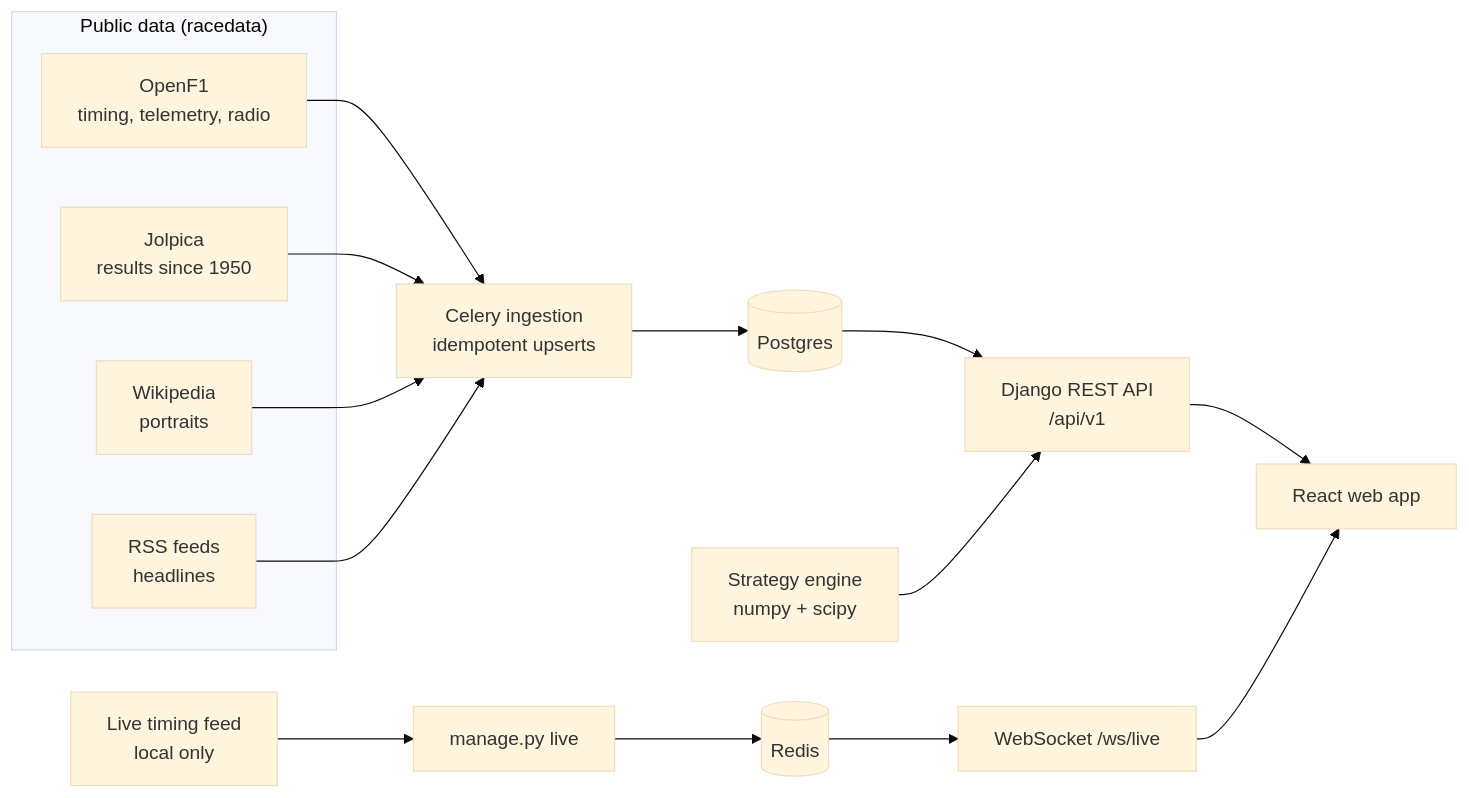
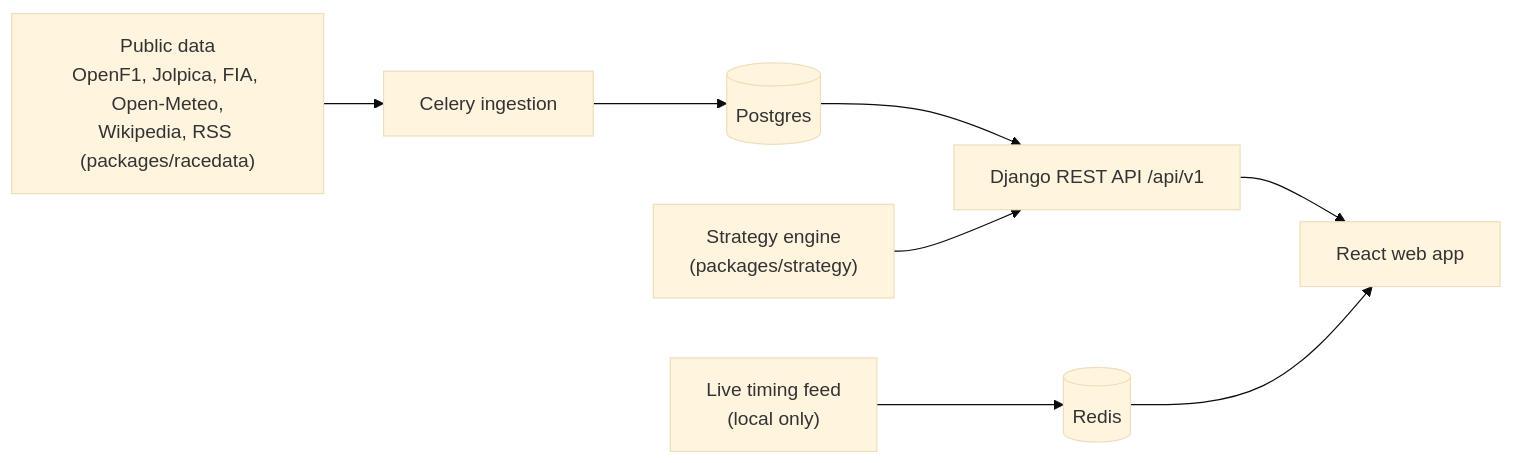
The diagram in README.md (CafeurOff/stintline), drawn with Mermaid (base theme) before and after one commit. The commit also changed other lines of this file, not shown here.

Commit message:
docs: rewrite the README for visitors of the public repository

````diff
--- a/README.md
+++ b/README.md
@@ -90,15 +57,9 @@
 ```mermaid
 flowchart LR
-  subgraph Providers["Public data (racedata)"]
-    OF[OpenF1<br/>timing, telemetry, radio]
-    JO[Jolpica<br/>results since 1950]
-    WP[Wikipedia<br/>portraits]
-    RSS[RSS feeds<br/>headlines]
-  end
-  OF & JO & WP & RSS --> CE[Celery ingestion<br/>idempotent upserts]
-  CE --> PG[(Postgres)]
-  PG --> API[Django REST API<br/>/api/v1]
-  SE[Strategy engine<br/>numpy + scipy] --> API
-  API --> WEB[React web app]
-  LT[Live timing feed<br/>local only] --> LV[manage.py live] --> RD[(Redis)] --> WS["WebSocket /ws/live"] --> WEB
+  P["Public data<br/>OpenF1, Jolpica, FIA, Open-Meteo,<br/>Wikipedia, RSS (packages/racedata)"] --> C["Celery ingestion"]
+  C --> DB[(Postgres)]
+  DB --> API["Django REST API /api/v1"]
+  E["Strategy engine<br/>(packages/strategy)"] --> API
+  API --> W["React web app"]
+  L["Live timing feed<br/>(local only)"] --> R[(Redis)] --> W
 ```
````
